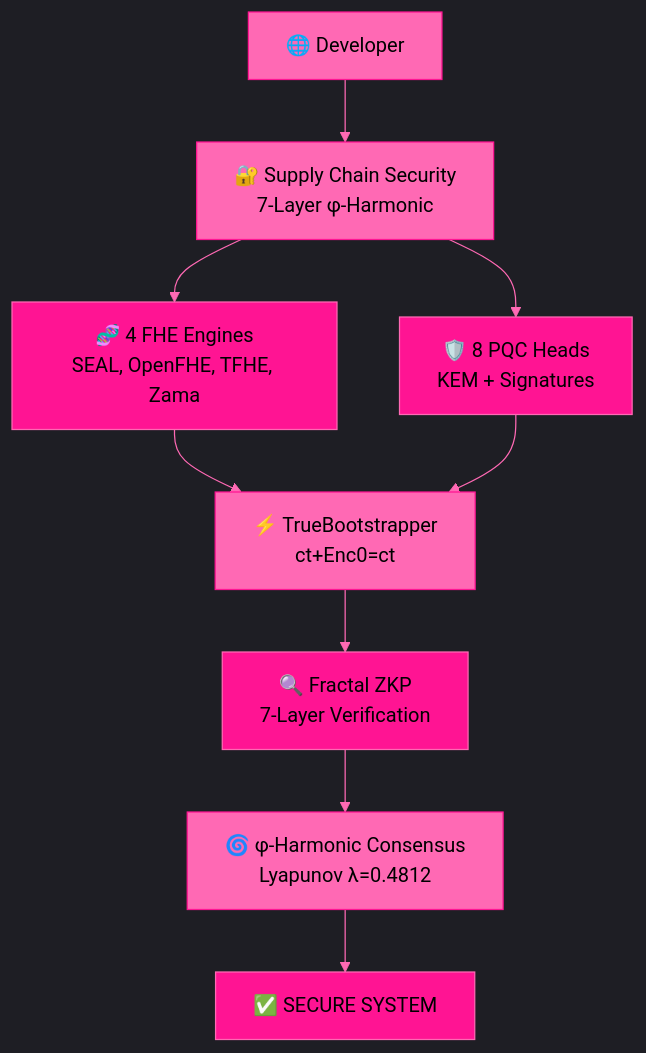
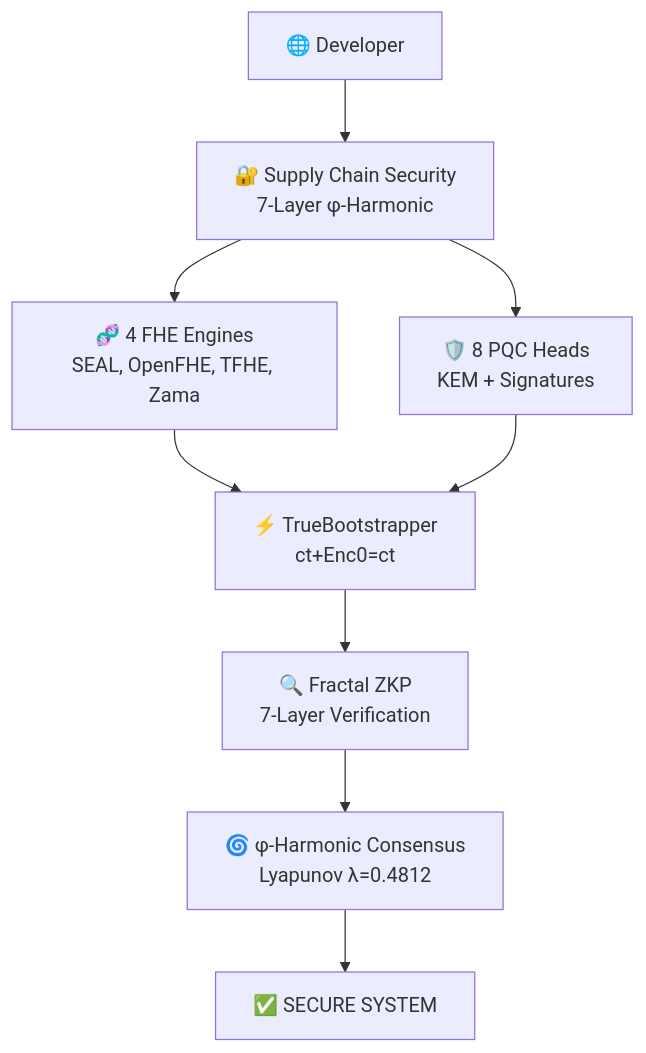
One commit to primordialomegazero/BeyondYourComprehensionFHE changed the third of 3 diagrams in README.md. Above: the diagram before and after it, drawn with Mermaid. The commit also changed other lines of this file, not shown here.

First line of the commit message:
fix: Video link + Removed old ASCII art, Mermaid only

````diff
--- a/README.md
+++ b/README.md
@@ -206,21 +193,12 @@
 ```mermaid
-%%{init: {'theme': 'dark', 'themeVariables': { 'primaryColor': '#ff69b4', 'primaryTextColor': '#000', 'primaryBorderColor': '#ff1493', 'lineColor': '#ff69b4', 'secondaryColor': '#ff1493', 'tertiaryColor': '#ff69b4'}}}%%
+%%{init: {\"theme\": \"dark\", \"themeVariables\": { \"primaryColor\": \"#ff69b4\", \"primaryTextColor\": \"#000\", \"primaryBorderColor\": \"#ff1493\", \"lineColor\": \"#ff69b4\", \"secondaryColor\": \"#ff1493\", \"tertiaryColor\": \"#ff69b4\"}}}%%
 graph TB
     A[🌐 Developer] --> B[🔐 Supply Chain Security<br/>7-Layer φ-Harmonic]
     B --> C[🧬 4 FHE Engines<br/>SEAL, OpenFHE, TFHE, Zama]
     B --> D[🛡️ 8 PQC Heads<br/>KEM + Signatures]
     C --> E[⚡ TrueBootstrapper<br/>ct+Enc0=ct]
     D --> E
     E --> F[🔍 Fractal ZKP<br/>7-Layer Verification]
     F --> G[🌀 φ-Harmonic Consensus<br/>Lyapunov λ=0.4812]
     G --> H[✅ SECURE SYSTEM]
-    
-    style A fill:#ff69b4,stroke:#ff1493,color:#000
-    style B fill:#ff69b4,stroke:#ff1493,color:#000
-    style C fill:#ff1493,stroke:#ff69b4,color:#000
-    style D fill:#ff1493,stroke:#ff69b4,color:#000
-    style E fill:#ff69b4,stroke:#ff1493,color:#000
-    style F fill:#ff1493,stroke:#ff69b4,color:#000
-    style G fill:#ff69b4,stroke:#ff1493,color:#000
-    style H fill:#ff1493,stroke:#ff69b4,color:#000
 ```
````
